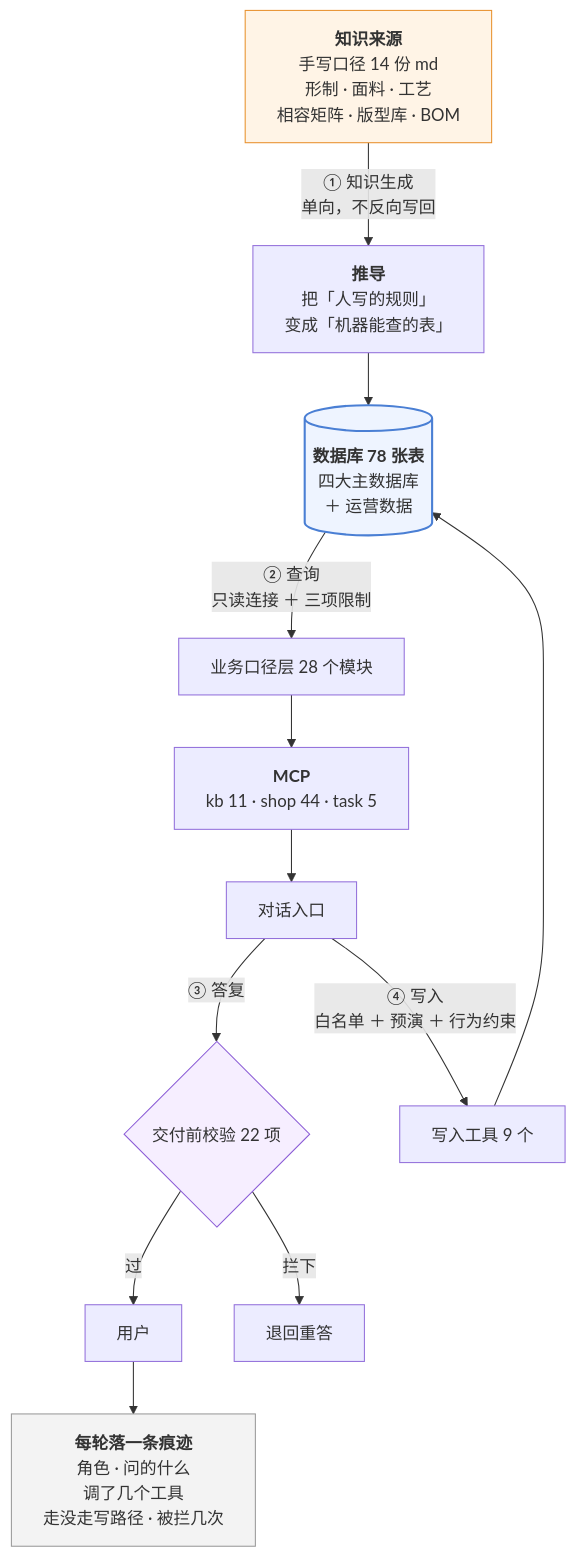
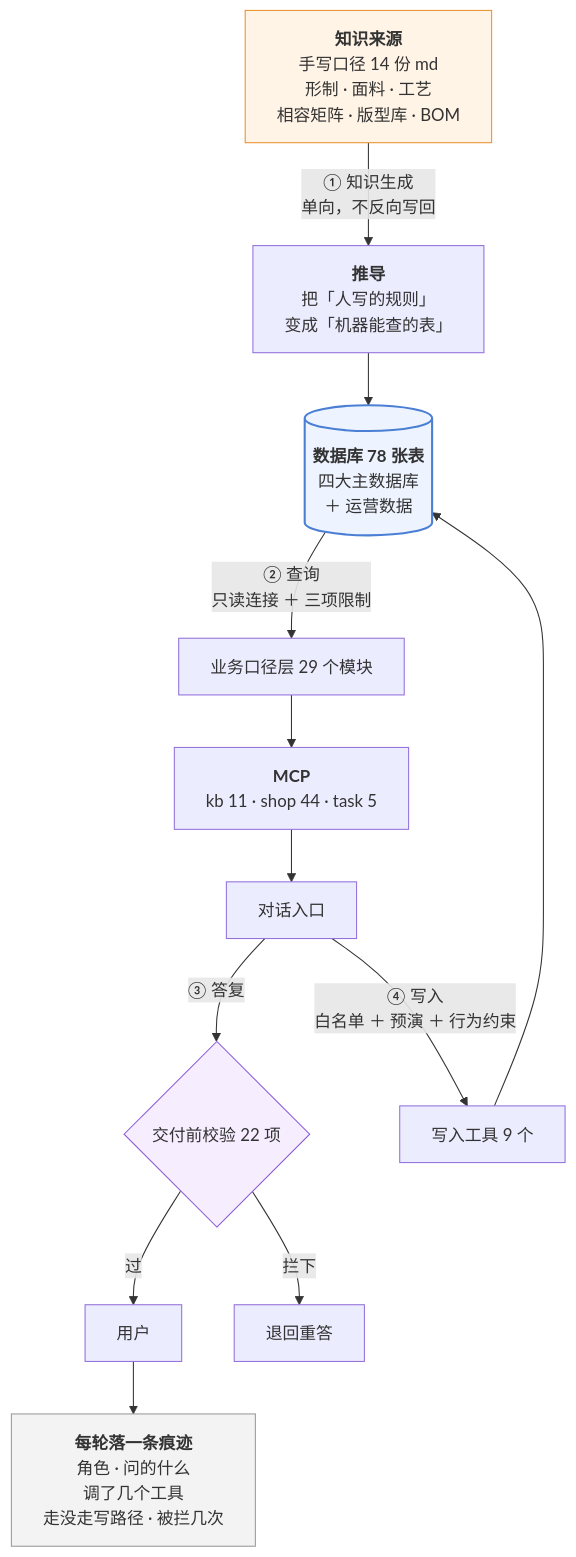
Before and after one commit to 843773296-rgb/lanxiu-yunshang-agent: the third of 4 diagrams in 澜绣云裳agent-产品需求文档.md, drawn with Mermaid. The commit also changed other lines of this file and 16 other files, not shown here.

````diff
--- a/澜绣云裳agent-产品需求文档.md
+++ b/澜绣云裳agent-产品需求文档.md
@@ -378,24 +379,24 @@
 ```mermaid
 flowchart TD
     MD["<b>知识来源</b><br/>手写口径 14 份 md<br/>形制 · 面料 · 工艺<br/>相容矩阵 · 版型库 · BOM"]
     MD -->|"① 知识生成<br/>单向，不反向写回"| DV["<b>推导</b><br/>把「人写的规则」<br/>变成「机器能查的表」"]
     DV --> DB[("<b>数据库 78 张表</b><br/>四大主数据库<br/>＋ 运营数据")]
 
-    DB -->|"② 查询<br/>只读连接 ＋ 三项限制"| KJ["业务口径层 28 个模块"]
+    DB -->|"② 查询<br/>只读连接 ＋ 三项限制"| KJ["业务口径层 29 个模块"]
     KJ --> MCP["<b>MCP</b><br/>kb 11 · shop 44 · task 5"]
     MCP --> LLM["对话入口"]
 
     LLM -->|"③ 答复"| GD{"交付前校验 22 项"}
     GD -- 过 --> U["用户"]
     GD -- 拦下 --> RE["退回重答"]
 
     LLM -->|"④ 写入<br/>白名单 ＋ 预演 ＋ 行为约束"| W["写入工具 9 个"]
     W --> DB
 
     U --> TR["<b>每轮落一条痕迹</b><br/>角色 · 问的什么<br/>调了几个工具<br/>走没走写路径 · 被拦几次"]
 
     style MD fill:#fff4e6,stroke:#e8912d
     style DB fill:#eef4ff,stroke:#4a7fd4,stroke-width:2px
     style GD fill:#f6eeff,stroke:#8b5cd6
     style TR fill:#f3f3f3,stroke:#999
 ```
````
